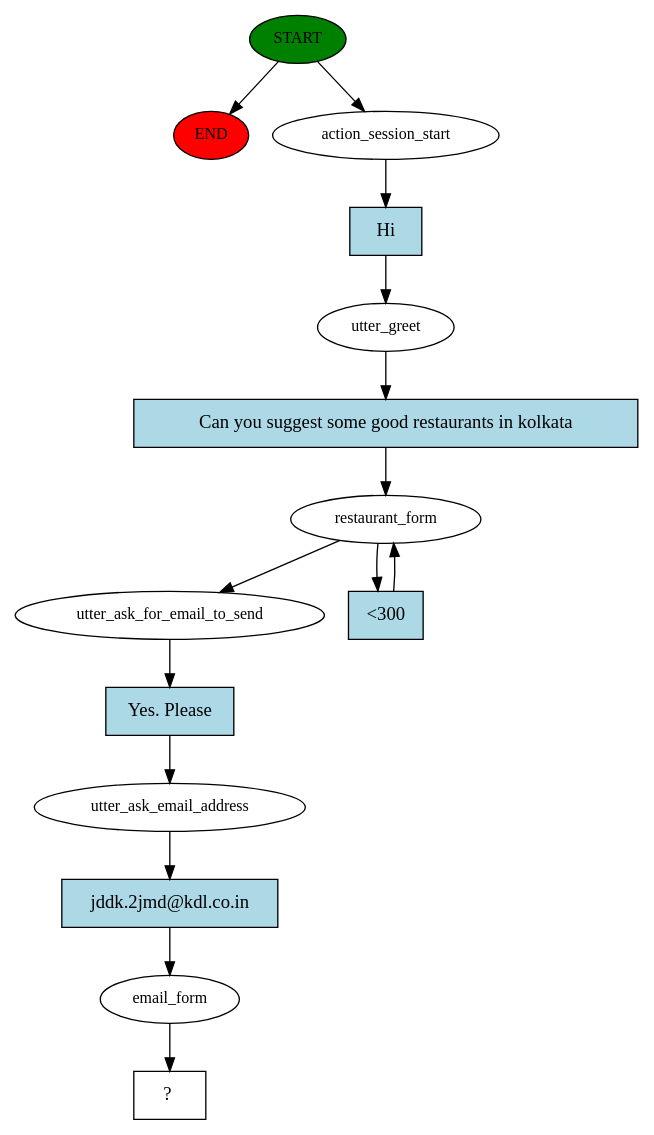
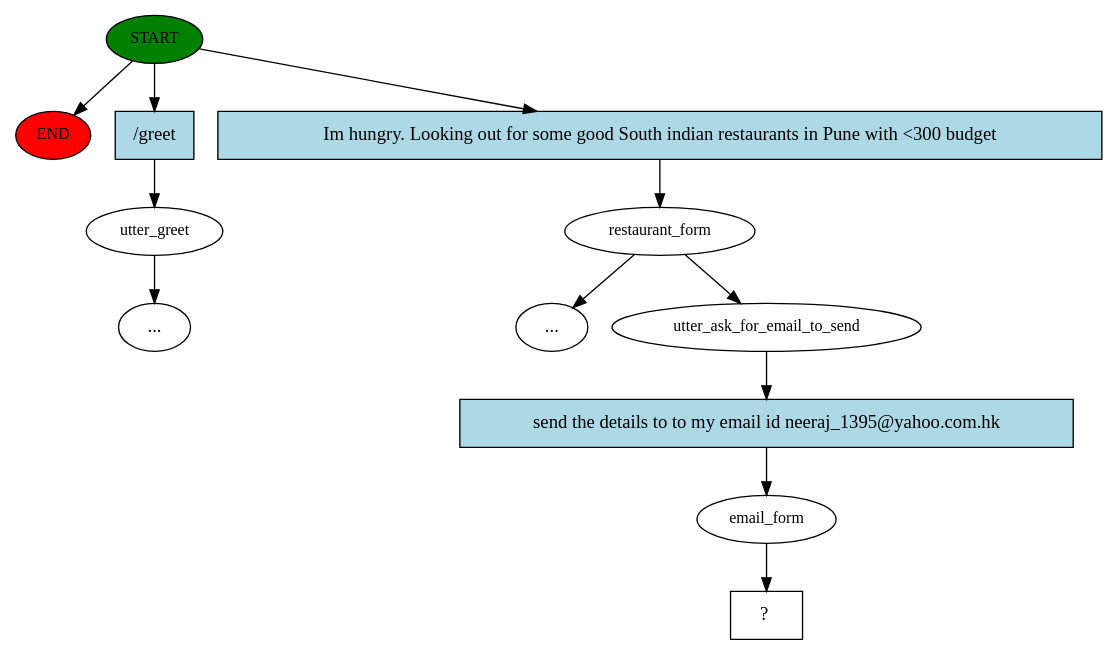
One commit to Ankursrivastavaaa/ChatBot changed the diagram in story_graph.dot. Above: the diagram before and after it, drawn with Graphviz. The commit also changed 5 other files, not shown here.

```diff
--- a/story_graph.dot
+++ b/story_graph.dot
@@ -1,30 +1,25 @@
 digraph  {
 0 [class="start active", fillcolor=green, fontsize=12, label=START, style=filled];
 "-1" [class=end, fillcolor=red, fontsize=12, label=END, style=filled];
-1 [class=active, fontsize=12, label=action_session_start];
-2 [class=active, fontsize=12, label=utter_greet];
-3 [class=active, fontsize=12, label=restaurant_form];
-6 [class=active, fontsize=12, label=utter_ask_for_email_to_send];
-7 [class=active, fontsize=12, label=utter_ask_email_address];
+1 [class="", fontsize=12, label=utter_greet];
+"-5" [class=ellipsis, label="..."];
+4 [class=active, fontsize=12, label=restaurant_form];
+"-7" [class=ellipsis, label="..."];
+7 [class=active, fontsize=12, label=utter_ask_for_email_to_send];
 8 [class=active, fontsize=12, label=email_form];
 9 [class="intent dashed active", label="  ?  ", shape=rect];
-10 [class="intent active", fillcolor=lightblue, label=Hi, shape=rect, style=filled];
-11 [class="intent active", fillcolor=lightblue, label="Can you suggest some good restaurants in kolkata", shape=rect, style=filled];
-12 [class="intent active", fillcolor=lightblue, label="<300", shape=rect, style=filled];
-13 [class="intent active", fillcolor=lightblue, label="Yes. Please", shape=rect, style=filled];
-14 [class="intent active", fillcolor=lightblue, label="jddk.2jmd@kdl.co.in", shape=rect, style=filled];
+10 [class=intent, fillcolor=lightblue, label="/greet", shape=rect, style=filled];
+11 [class="intent active", fillcolor=lightblue, label="Im hungry. Looking out for some good South indian restaurants in Pune with <300 budget", shape=rect, style=filled];
+12 [class="intent active", fillcolor=lightblue, label="send the details to to my email id neeraj_1395@yahoo.com.hk", shape=rect, style=filled];
 0 -> "-1"  [class="", key=NONE, label=""];
-0 -> 1  [class=active, key=NONE, label=""];
-1 -> 10  [class=active, key=0];
-2 -> 11  [class=active, key=0];
-3 -> 6  [class=active, key=NONE, label=""];
-3 -> 12  [class=active, key=0];
-6 -> 13  [class=active, key=0];
-7 -> 14  [class=active, key=0];
+0 -> 10  [class="", key=0];
+0 -> 11  [class=active, key=0];
+1 -> "-5"  [class="", key=NONE, label=""];
+4 -> "-7"  [class="", key=NONE, label=""];
+4 -> 7  [class=active, key=NONE, label=""];
+7 -> 12  [class=active, key=0];
 8 -> 9  [class=active, key=NONE, label=""];
-10 -> 2  [class=active, key=0];
-11 -> 3  [class=active, key=0];
-12 -> 3  [class=active, key=0];
-13 -> 7  [class=active, key=0];
-14 -> 8  [class=active, key=0];
+10 -> 1  [class="", key=0];
+11 -> 4  [class=active, key=0];
+12 -> 8  [class=active, key=0];
 }
```
